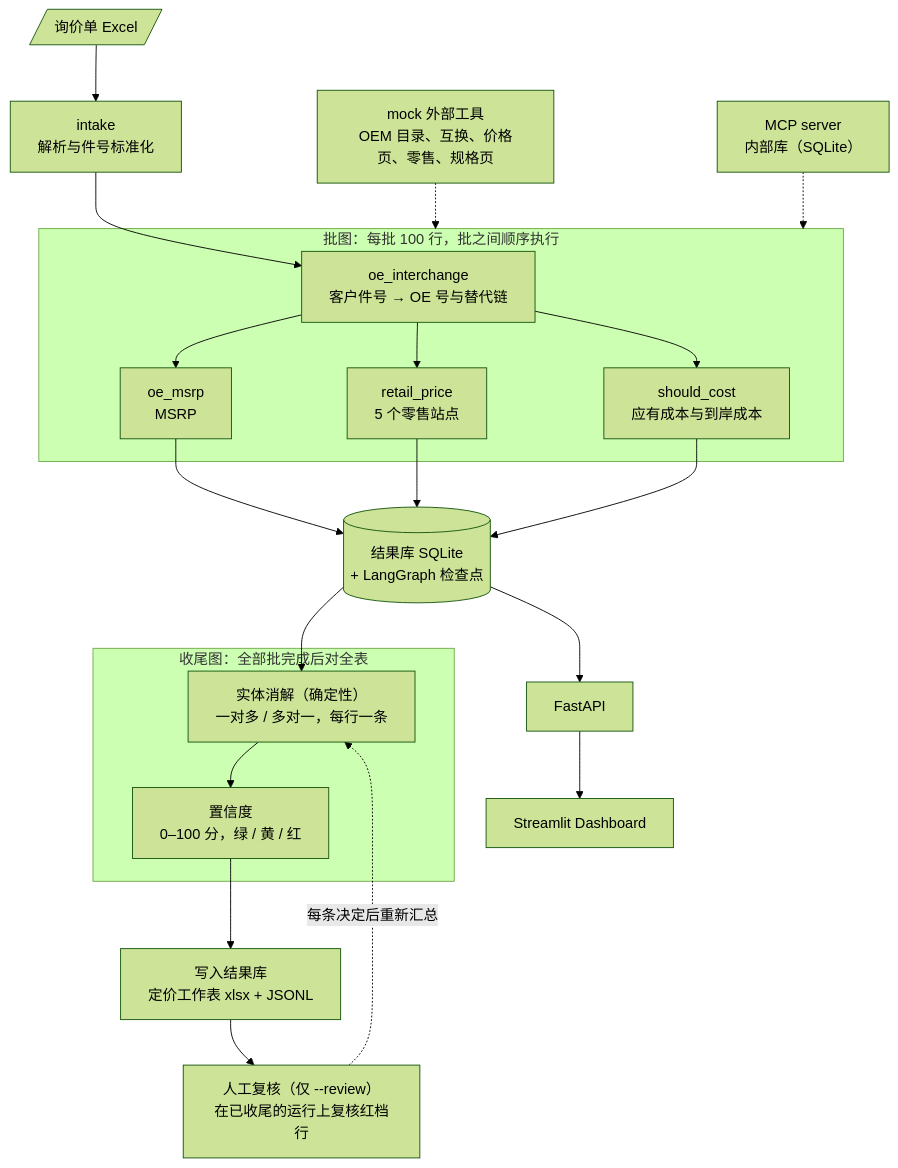
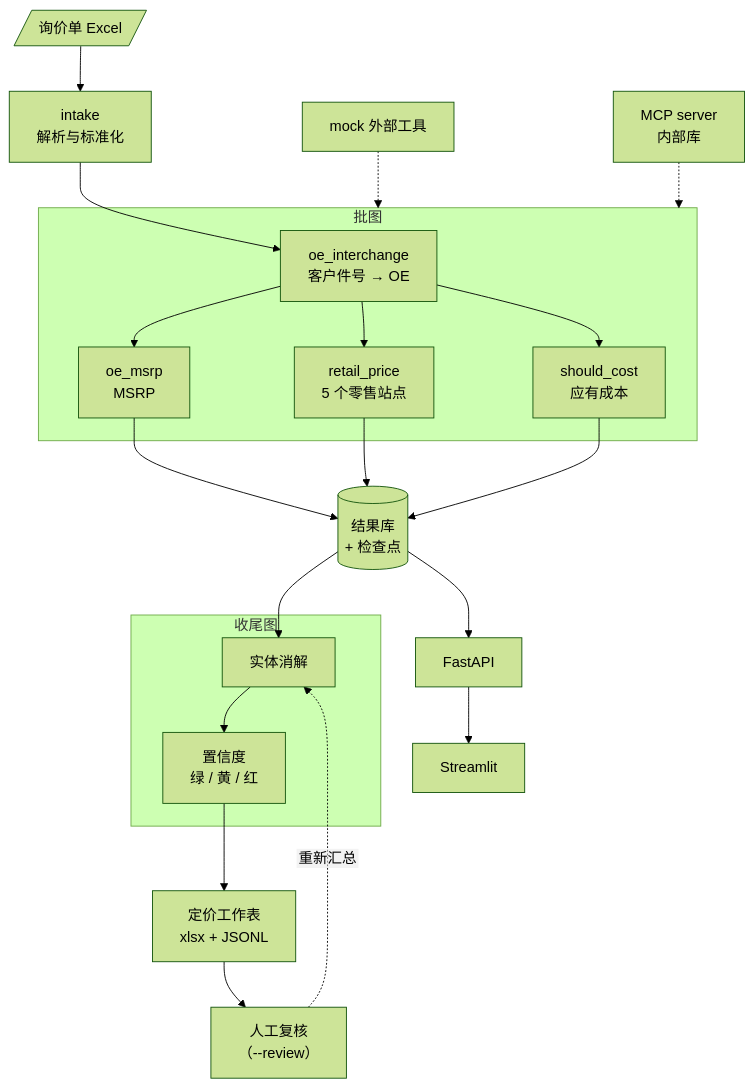
Before and after one commit to RobertWei3/RFQ-Agent: the diagram in README.zh-CN.md, drawn with Mermaid (forest theme). The commit also changed other lines of this file and 1 other file, not shown here.

Commit message:
README architecture diagram: short labels and SVG text so GitHub does not clip node text
Mermaid on GitHub sized the HTML labels too narrow and cut off text (e.g. "result database (").
Labels are now one or two short lines, rendered as SVG text (htmlLabels: false); the details
moved into the bullets under the diagram.

````diff
--- a/README.zh-CN.md
+++ b/README.zh-CN.md
@@ -59,29 +59,30 @@
 ```mermaid
+%%{init: {"flowchart": {"htmlLabels": false}} }%%
 flowchart TD
-    rfq[/"询价单 Excel"/] --> intake["intake<br/>解析与件号标准化"]
+    rfq[/"询价单 Excel"/] --> intake["intake<br/>解析与标准化"]
     intake --> oe
-    subgraph batch["批图：每批 100 行，批之间顺序执行"]
-        oe["oe_interchange<br/>客户件号 → OE 号与替代链"]
+    subgraph batch["批图"]
+        oe["oe_interchange<br/>客户件号 → OE"]
         msrp["oe_msrp<br/>MSRP"]
         retail["retail_price<br/>5 个零售站点"]
-        cost["should_cost<br/>应有成本与到岸成本"]
+        cost["should_cost<br/>应有成本"]
         oe --> msrp
         oe --> retail
         oe --> cost
     end
-    tools["mock 外部工具<br/>OEM 目录、互换、价格页、零售、规格页"] -.-> batch
-    mcp["MCP server<br/>内部库（SQLite）"] -.-> batch
-    msrp --> store[("结果库 SQLite<br/>+ LangGraph 检查点")]
+    tools["mock 外部工具"] -.-> batch
+    mcp["MCP server<br/>内部库"] -.-> batch
+    msrp --> store[("结果库<br/>+ 检查点")]
     retail --> store
     cost --> store
     store --> resolve
-    subgraph final["收尾图：全部批完成后对全表"]
-        resolve["实体消解（确定性）<br/>一对多 / 多对一，每行一条"]
-        confidence["置信度<br/>0–100 分，绿 / 黄 / 红"]
+    subgraph final["收尾图"]
+        resolve["实体消解"]
+        confidence["置信度<br/>绿 / 黄 / 红"]
         resolve --> confidence
     end
-    confidence --> sheet["写入结果库<br/>定价工作表 xlsx + JSONL"]
-    sheet --> review["人工复核（仅 --review）<br/>在已收尾的运行上复核红档行"]
-    review -. "每条决定后重新汇总" .-> resolve
-    store --> api["FastAPI"] --> dash["Streamlit Dashboard"]
+    confidence --> sheet["定价工作表<br/>xlsx + JSONL"]
+    sheet --> review["人工复核<br/>（--review）"]
+    review -. "重新汇总" .-> resolve
+    store --> api["FastAPI"] --> dash["Streamlit"]
 ```
````
